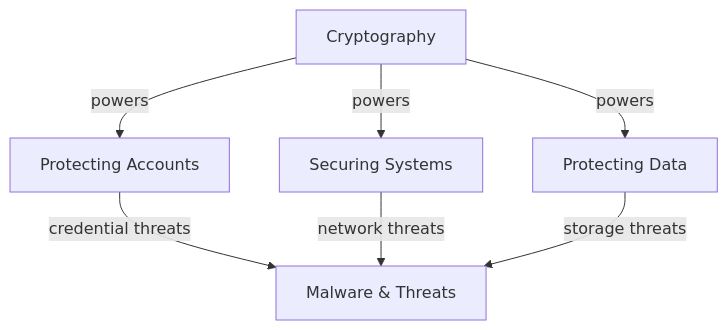
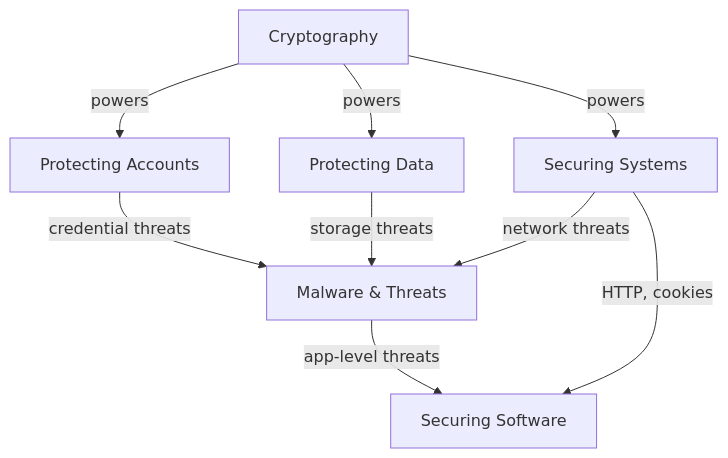
The diagram in 00 - Index.md (namaewafaisal/Obsidian_Vault), drawn with Mermaid before and after one commit. The commit also changed other lines of this file and 3 other files, not shown here.

````diff
--- a/00 - Index.md
+++ b/00 - Index.md
@@ -21,10 +22,13 @@
 ```mermaid
 graph TD
     Crypto[Cryptography] -->|powers| Accounts[Protecting Accounts]
     Crypto -->|powers| Data[Protecting Data]
     Crypto -->|powers| Systems[Securing Systems]
     
     Accounts -->|credential threats| Malware[Malware & Threats]
     Systems -->|network threats| Malware
     Data -->|storage threats| Malware
+    
+    Malware -->|app-level threats| Software[Securing Software]
+    Systems -->|HTTP, cookies| Software
 ```
````
